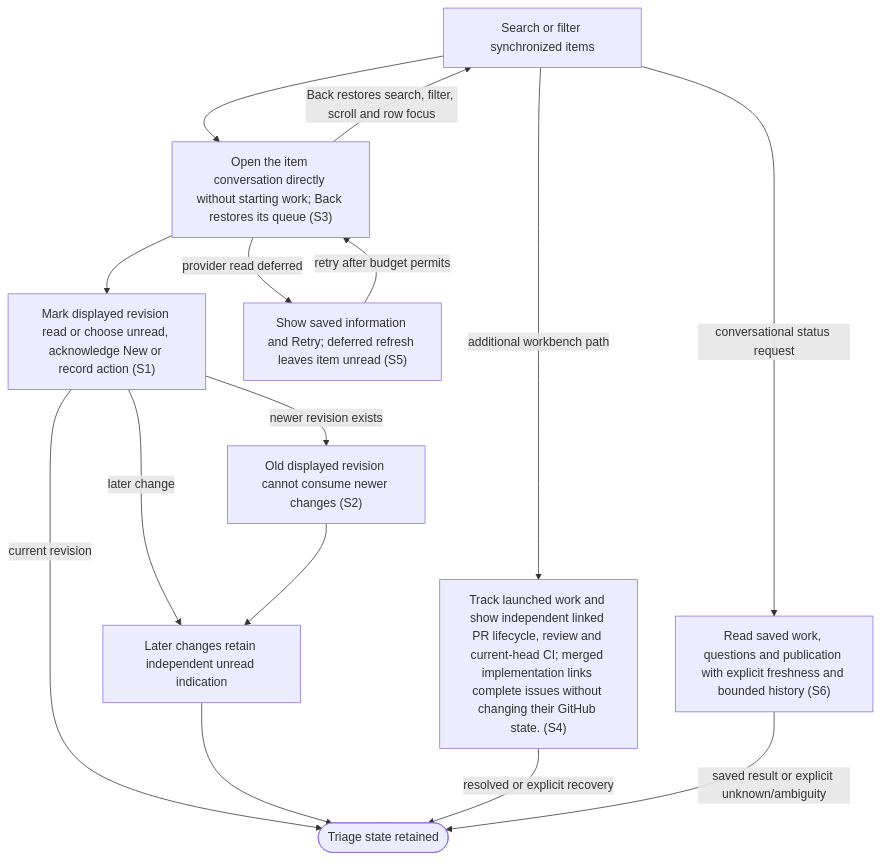
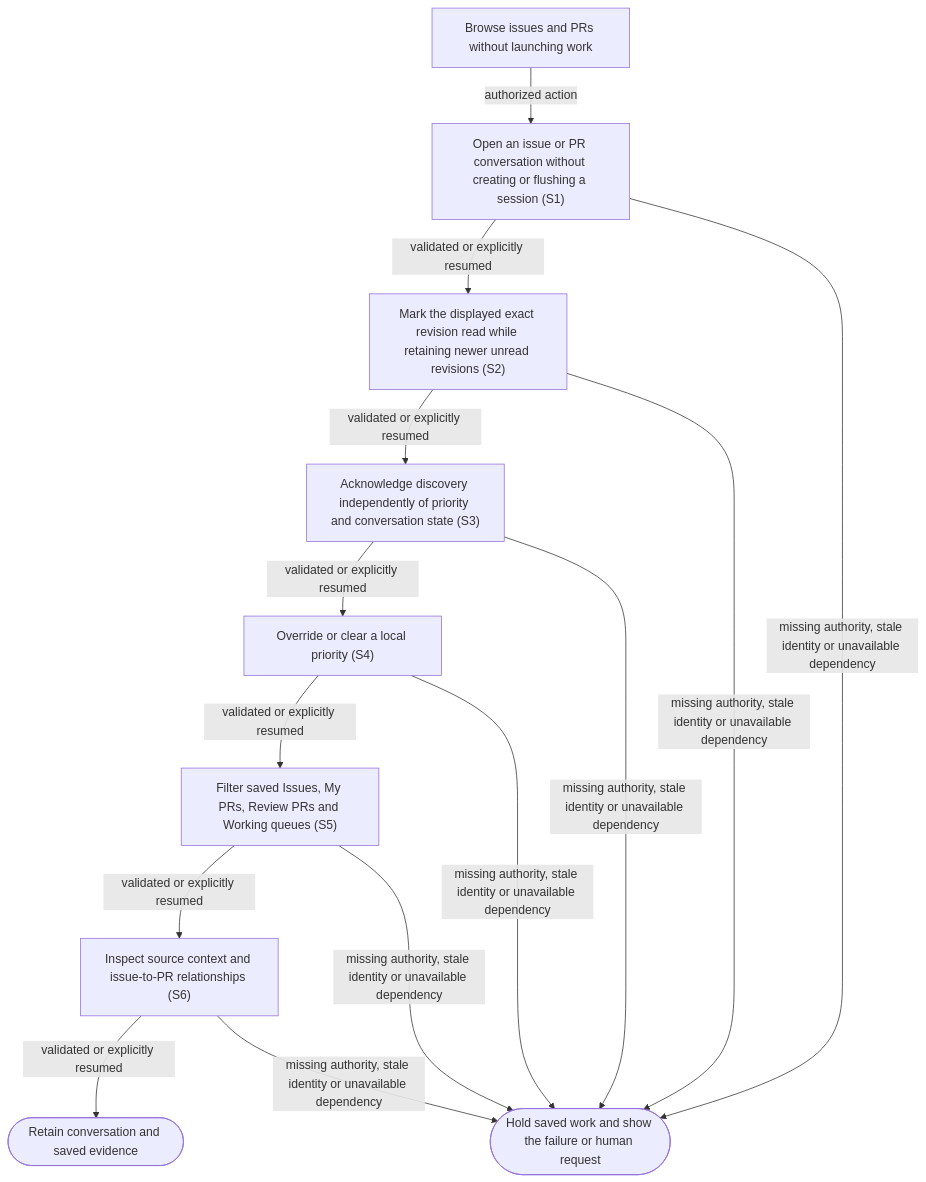
The diagram in docs/user-flows/triage-inbox.md (dk-code-factory/code-factory-plugin), drawn with Mermaid before and after one commit. The commit also changed other lines of this file and 283 other files, not shown here.

````diff
--- a/docs/user-flows/triage-inbox.md
+++ b/docs/user-flows/triage-inbox.md
@@ -42,26 +50,25 @@
 ```mermaid
 flowchart TD
-    N0["Search or filter synchronized items"]
-    N1["Open the item conversation directly without starting work#59; Back restores its queue #40;S3#41;"]
-    N2["Mark displayed revision read or choose unread, acknowledge New or record action #40;S1#41;"]
-    N3["Later changes retain independent unread indication"]
-    N4["Old displayed revision cannot consume newer changes #40;S2#41;"]
-    N5(["Triage state retained"])
-    N6["Track launched work and show independent linked PR lifecycle, review and current-head CI#59; merged implementation links complete issues without changing their GitHub state. #40;S4#41;"]
-    N7["Show saved information and Retry#59; deferred refresh leaves item unread #40;S5#41;"]
-    N8["Read saved work, questions and publication with explicit freshness and bounded history #40;S6#41;"]
-    N0 --> N1
-    N1 --> N2
-    N2 -->|"later change"| N3
-    N2 -->|"newer revision exists"| N4
-    N4 --> N3
-    N2 -->|"current revision"| N5
-    N3 --> N5
-    N1 -->|"Back restores search, filter, scroll and row focus"| N0
-    N0 -->|"additional workbench path"| N6
-    N6 -->|"resolved or explicit recovery"| N5
-    N1 -->|"provider read deferred"| N7
-    N7 -->|"retry after budget permits"| N1
-    N0 -->|"conversational status request"| N8
-    N8 -->|"saved result or explicit unknown/ambiguity"| N5
+    N0["Browse issues and PRs without launching work"]
+    N1["Open an issue or PR conversation without creating or flushing a session #40;S1#41;"]
+    N2["Mark the displayed exact revision read while retaining newer unread revisions #40;S2#41;"]
+    N3["Acknowledge discovery independently of priority and conversation state #40;S3#41;"]
+    N4["Override or clear a local priority #40;S4#41;"]
+    N5["Filter saved Issues, My PRs, Review PRs and Working queues #40;S5#41;"]
+    N6["Inspect source context and issue-to-PR relationships #40;S6#41;"]
+    N7(["Hold saved work and show the failure or human request"])
+    N8(["Retain conversation and saved evidence"])
+    N0 -->|"authorized action"| N1
+    N1 -->|"validated or explicitly resumed"| N2
+    N1 -->|"missing authority, stale identity or unavailable dependency"| N7
+    N2 -->|"validated or explicitly resumed"| N3
+    N2 -->|"missing authority, stale identity or unavailable dependency"| N7
+    N3 -->|"validated or explicitly resumed"| N4
+    N3 -->|"missing authority, stale identity or unavailable dependency"| N7
+    N4 -->|"validated or explicitly resumed"| N5
+    N4 -->|"missing authority, stale identity or unavailable dependency"| N7
+    N5 -->|"validated or explicitly resumed"| N6
+    N5 -->|"missing authority, stale identity or unavailable dependency"| N7
+    N6 -->|"validated or explicitly resumed"| N8
+    N6 -->|"missing authority, stale identity or unavailable dependency"| N7
 ```
````
